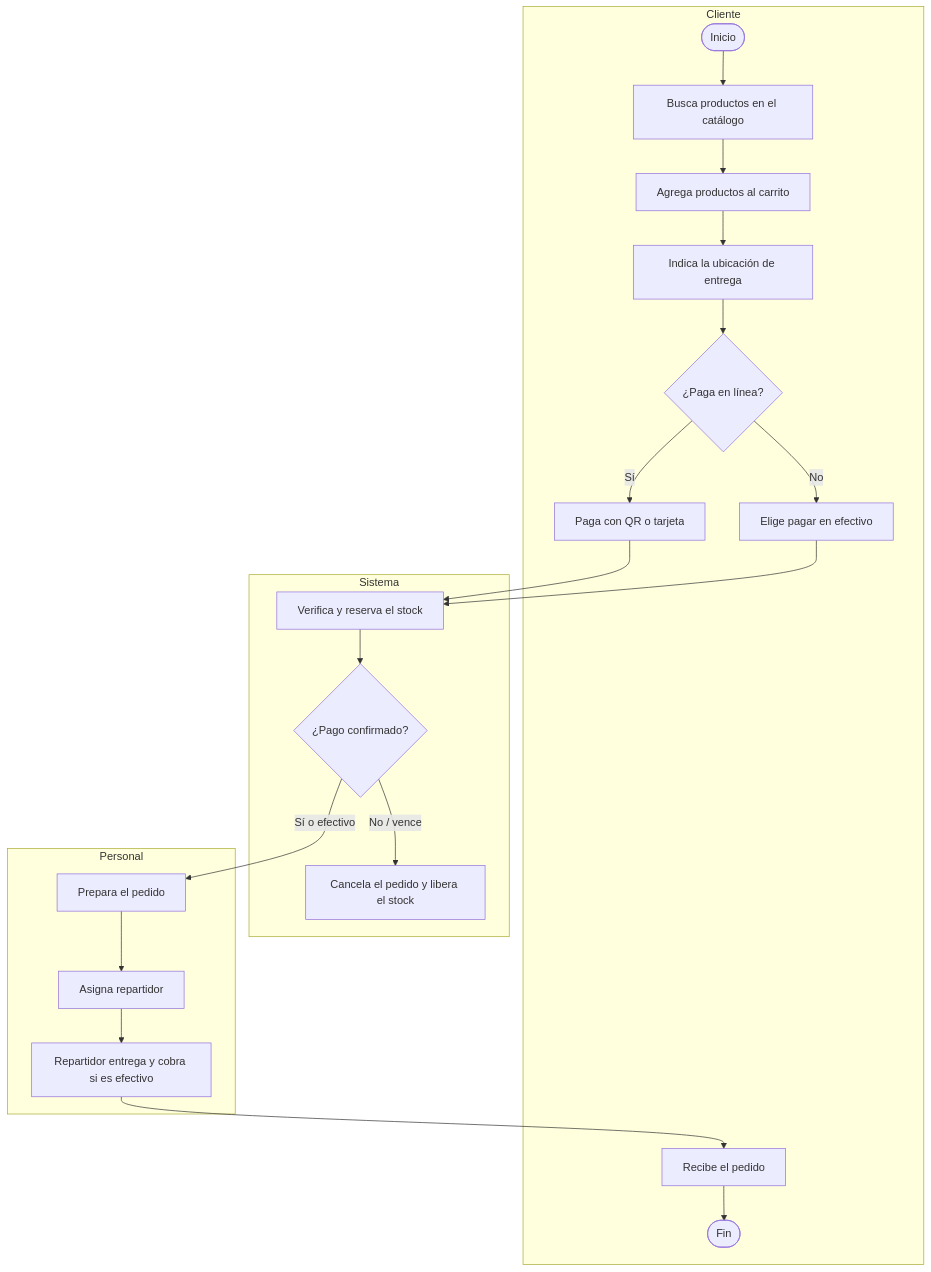
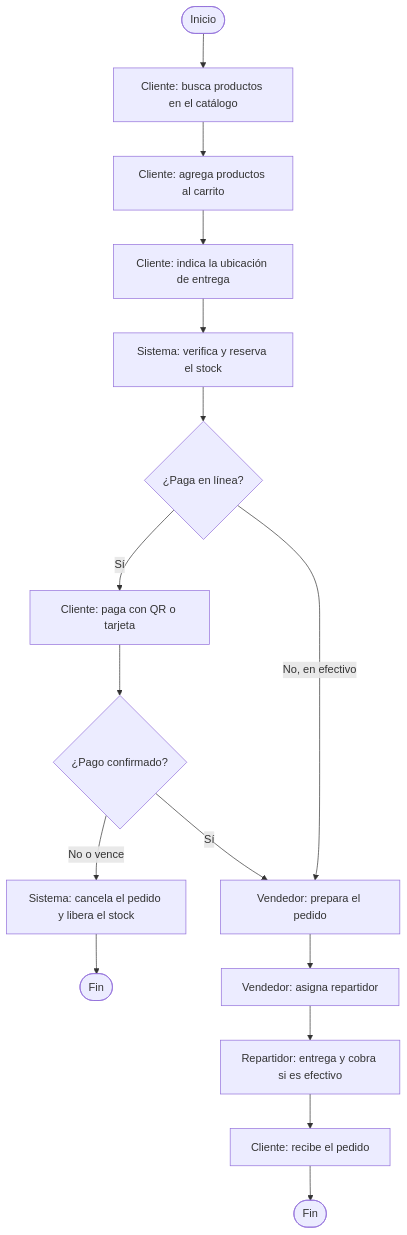
One commit to nutriexpress2026-alt/nutriexpress-microservicios changed the first of 6 diagrams in docs/informe/capitulo-3-sprint-0.md. Above: the diagram before and after it, drawn with Mermaid. The commit also changed other lines of this file and 6 other files, not shown here.

````diff
--- a/docs/informe/capitulo-3-sprint-0.md
+++ b/docs/informe/capitulo-3-sprint-0.md
@@ -55,28 +56,18 @@
 ```mermaid
 flowchart TD
-    subgraph Cliente
-        C1([Inicio]) --> C2[Busca productos en el catálogo]
-        C2 --> C3[Agrega productos al carrito]
-        C3 --> C4[Indica la ubicación de entrega]
-        C4 --> C5{¿Paga en línea?}
-        C5 -- Sí --> C6[Paga con QR o tarjeta]
-        C5 -- No --> C7[Elige pagar en efectivo]
-        C12[Recibe el pedido] --> C13([Fin])
-    end
-    subgraph Sistema
-        S1[Verifica y reserva el stock]
-        S2{¿Pago confirmado?}
-        S3[Cancela el pedido y libera el stock]
-    end
-    subgraph Personal
-        P1[Prepara el pedido]
-        P2[Asigna repartidor]
-        R1[Repartidor entrega y cobra si es efectivo]
-    end
-    C6 --> S1
-    C7 --> S1
-    S1 --> S2
-    S2 -- No / vence --> S3
-    S2 -- Sí o efectivo --> P1
-    P1 --> P2 --> R1 --> C12
+    C1([Inicio]) --> C2[Cliente: busca productos en el catálogo]
+    C2 --> C3[Cliente: agrega productos al carrito]
+    C3 --> C4[Cliente: indica la ubicación de entrega]
+    C4 --> S1[Sistema: verifica y reserva el stock]
+    S1 --> C5{¿Paga en línea?}
+    C5 -- Sí --> C6[Cliente: paga con QR o tarjeta]
+    C5 -- No, en efectivo --> P1
+    C6 --> S2{¿Pago confirmado?}
+    S2 -- No o vence --> S3[Sistema: cancela el pedido y libera el stock]
+    S3 --> F2([Fin])
+    S2 -- Sí --> P1[Vendedor: prepara el pedido]
+    P1 --> P2[Vendedor: asigna repartidor]
+    P2 --> R1[Repartidor: entrega y cobra si es efectivo]
+    R1 --> C12[Cliente: recibe el pedido]
+    C12 --> F1([Fin])
 ```
````
